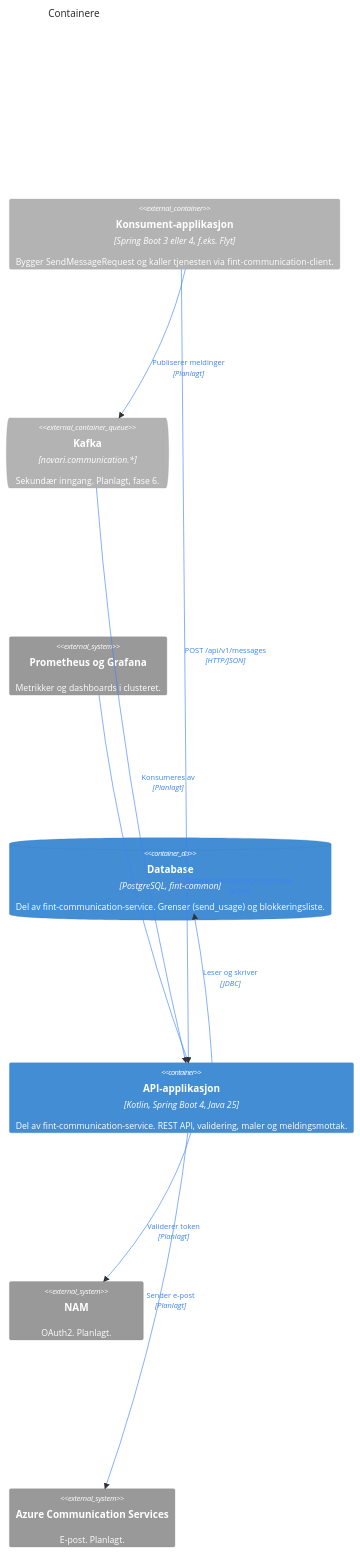
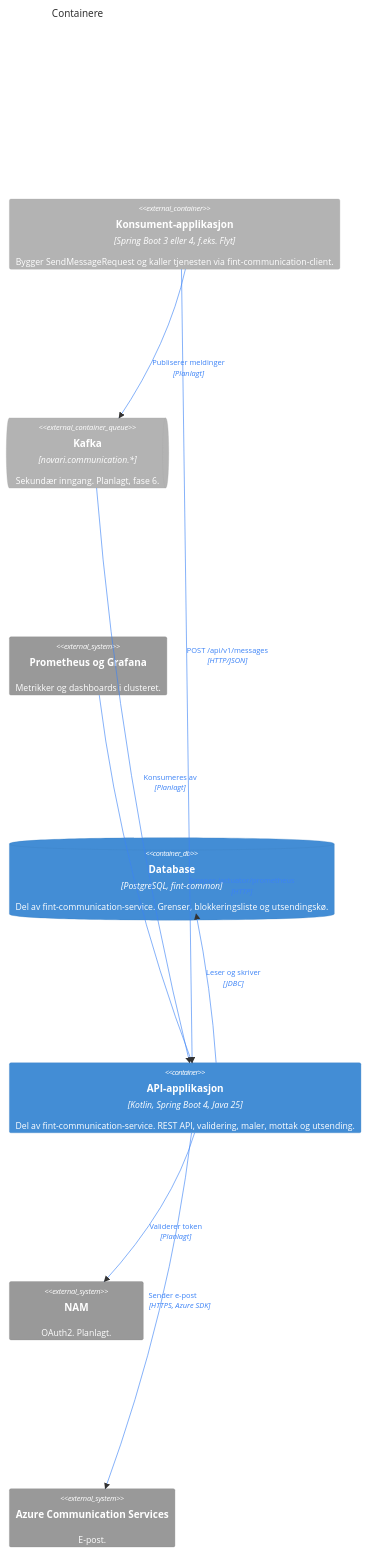
The second of 14 diagrams in docs/architecture.md (FINTLabs/fint-communication-service), drawn with Mermaid before and after one commit. The commit also changed other lines of this file and 39 other files, not shown here.

First line of the commit message:
feat: e-post via Azure Communication Services med utsendingskø

````diff
--- a/docs/architecture.md
+++ b/docs/architecture.md
@@ -66,30 +68,30 @@
 ```mermaid
 %%{init: {"c4": {"c4ShapeMargin": 120}}}%%
 C4Container
     title Containere
 
     Container_Ext(konsumentApp, "Konsument-applikasjon", "Spring Boot 3 eller 4, f.eks. Flyt", "Bygger SendMessageRequest og kaller tjenesten via fint-communication-client.")
     ContainerQueue_Ext(kafka, "Kafka", "novari.communication.*", "Sekundær inngang. Planlagt, fase 6.")
     System_Ext(prometheus, "Prometheus og Grafana", "Metrikker og dashboards i clusteret.")
-    ContainerDb(db, "Database", "PostgreSQL, fint-common", "Del av fint-communication-service. Grenser (send_usage) og blokkeringsliste.")
-    Container(app, "API-applikasjon", "Kotlin, Spring Boot 4, Java 25", "Del av fint-communication-service. REST API, validering, maler og meldingsmottak.")
+    ContainerDb(db, "Database", "PostgreSQL, fint-common", "Del av fint-communication-service. Grenser, blokkeringsliste og utsendingskø.")
+    Container(app, "API-applikasjon", "Kotlin, Spring Boot 4, Java 25", "Del av fint-communication-service. REST API, validering, maler, mottak og utsending.")
     System_Ext(nam, "NAM", "OAuth2. Planlagt.")
-    System_Ext(acs, "Azure Communication Services", "E-post. Planlagt.")
+    System_Ext(acs, "Azure Communication Services", "E-post.")
 
     Rel(konsumentApp, app, "POST /api/v1/messages", "HTTP/JSON")
     Rel(konsumentApp, kafka, "Publiserer meldinger", "Planlagt")
     Rel(kafka, app, "Konsumeres av", "Planlagt")
     Rel(app, db, "Leser og skriver", "JDBC")
     Rel(app, nam, "Validerer token", "Planlagt")
-    Rel(app, acs, "Sender e-post", "Planlagt")
+    Rel(app, acs, "Sender e-post", "HTTPS, Azure SDK")
     Rel(prometheus, app, "Scraper /actuator/prometheus", "HTTP")
 
     UpdateRelStyle(konsumentApp, app, $textColor="#3B82F6", $lineColor="#3B82F6", $offsetY="-28")
     UpdateRelStyle(konsumentApp, kafka, $textColor="#3B82F6", $lineColor="#3B82F6", $offsetY="28")
     UpdateRelStyle(kafka, app, $textColor="#3B82F6", $lineColor="#3B82F6")
     UpdateRelStyle(app, db, $textColor="#3B82F6", $lineColor="#3B82F6", $offsetY="-28")
     UpdateRelStyle(app, nam, $textColor="#3B82F6", $lineColor="#3B82F6", $offsetY="28")
     UpdateRelStyle(app, acs, $textColor="#3B82F6", $lineColor="#3B82F6", $offsetY="-28")
     UpdateRelStyle(prometheus, app, $textColor="#3B82F6", $lineColor="#3B82F6", $offsetX="70")
     UpdateLayoutConfig($c4ShapeInRow="3", $c4BoundaryInRow="1")
 ```
````
